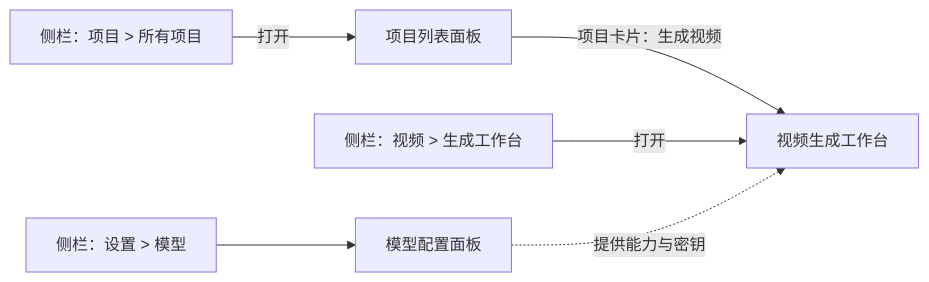
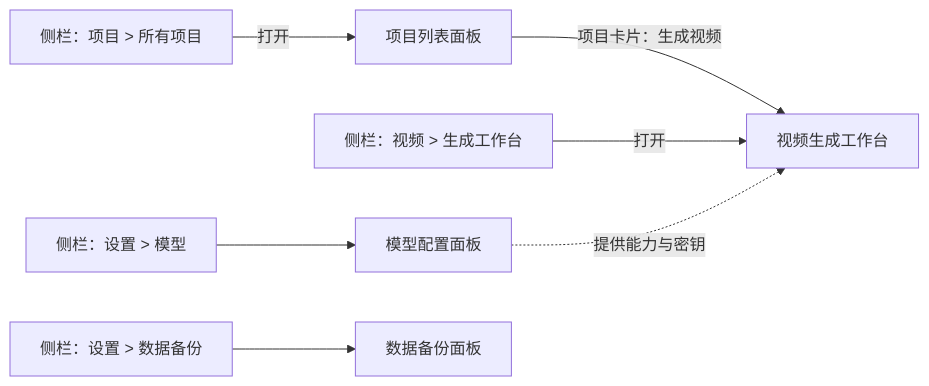
Diagram 11 of 11 in docs/ARCHITECTURE.md (sengbin/ai-video-studio), drawn with Mermaid before and after one commit. The commit also changed other lines of this file and 71 other files, not shown here.

````diff
--- a/docs/ARCHITECTURE.md
+++ b/docs/ARCHITECTURE.md
@@ -636,8 +638,9 @@
 ```mermaid
 flowchart LR
   SBP["侧栏：项目 > 所有项目"] -->|"打开"| PML["项目列表面板"]
   PML -->|"项目卡片：生成视频"| WB["视频生成工作台"]
   SBV["侧栏：视频 > 生成工作台"] -->|"打开"| WB
   SBM["侧栏：设置 > 模型"] --> MC["模型配置面板"]
   MC -.->|"提供能力与密钥"| WB
+  SBD["侧栏：设置 > 数据备份"] --> BK["数据备份面板"]
 ```
````
